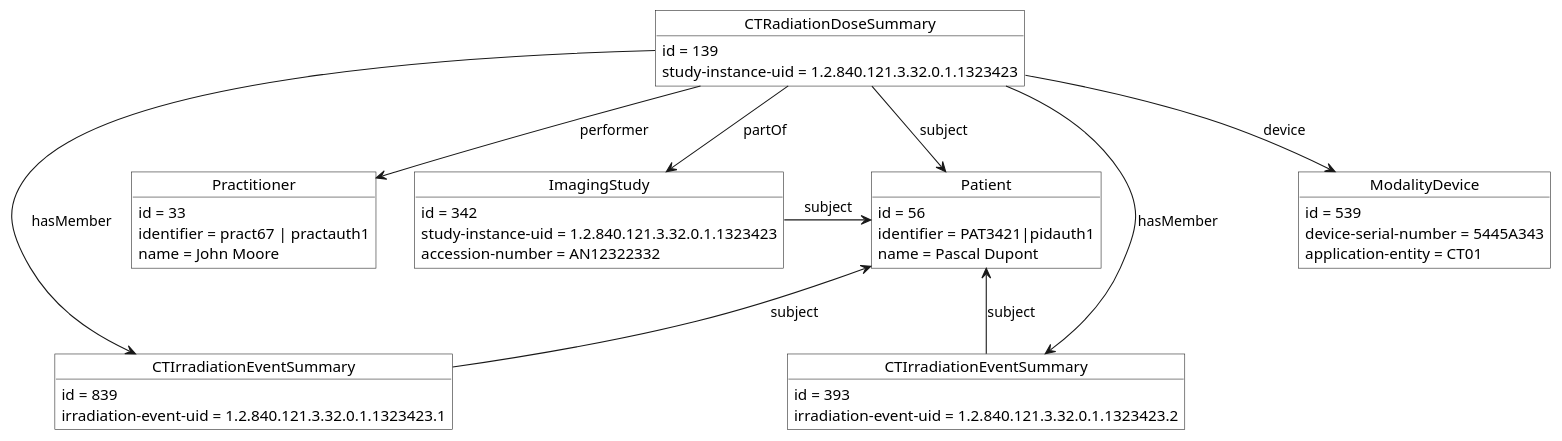
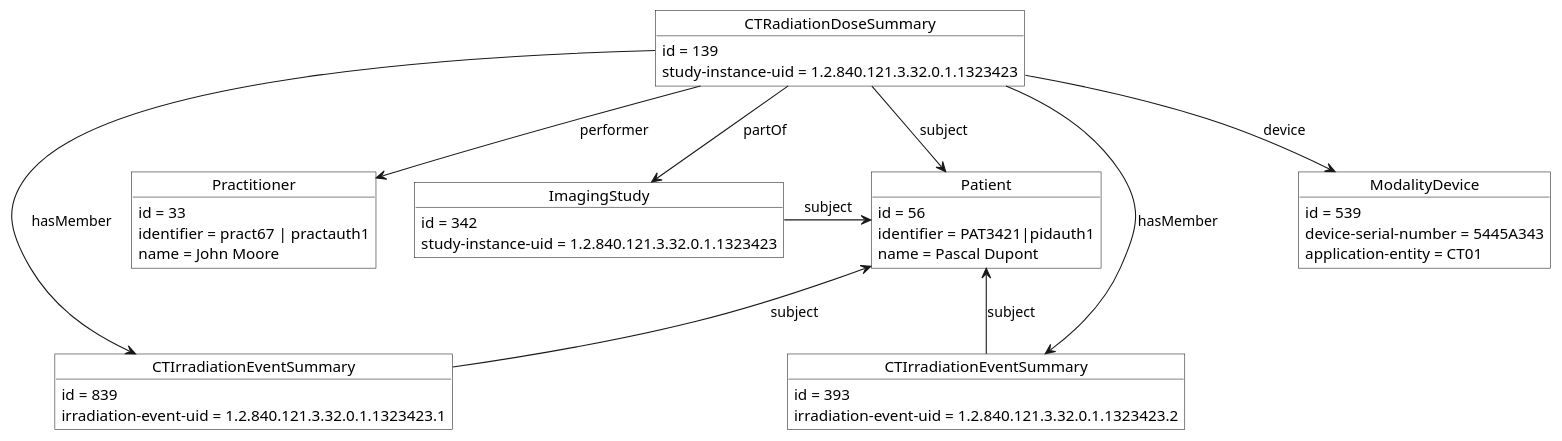
The diagram in input/images-source/example1.plantuml (HL7/fhir-radiation-dose-summary-ig), drawn with PlantUML before and after one commit. The commit also changed 14 other files, not shown here.

Commit message:
fix issue related to identifiers of StudyInstanceUID and AccessionNumber

```diff
--- a/input/images-source/example1.plantuml
+++ b/input/images-source/example1.plantuml
@@ -1,54 +1,53 @@
-@startuml example1
+@startuml
 skinparam monochrome true
 
 object  CTRadiationDoseSummary #white { 
   id = 139
   study-instance-uid = 1.2.840.121.3.32.0.1.1323423 
 }
 
 object  Patient #white { 
   id = 56
   identifier = PAT3421|pidauth1
   name = Pascal Dupont
 }
 
 object  ImagingStudy #white { 
   id = 342
   study-instance-uid = 1.2.840.121.3.32.0.1.1323423
-  accession-number = AN12322332
 }
 
 object  Practitioner #white { 
   id = 33
   identifier = pract67 | practauth1
   name = John Moore
 }
 
 object  ModalityDevice #white { 
   id = 539
   device-serial-number = 5445A343
   application-entity = CT01
 }
 
 object  "CTIrradiationEventSummary" as CTIrradiationEventSummary1  #white { 
   id = 839
   irradiation-event-uid = 1.2.840.121.3.32.0.1.1323423.1
 }
 
 object  "CTIrradiationEventSummary" as CTIrradiationEventSummary2 #white { 
   id = 393
   irradiation-event-uid = 1.2.840.121.3.32.0.1.1323423.2
 }
 
 CTRadiationDoseSummary -d-> Patient : "subject"
 CTRadiationDoseSummary -d-> ImagingStudy : "partOf"
 CTRadiationDoseSummary -d-> Practitioner : "performer"
 CTRadiationDoseSummary -d-> ModalityDevice : "device"
 CTRadiationDoseSummary -d-> CTIrradiationEventSummary1 : "hasMember"
 CTRadiationDoseSummary -d-> CTIrradiationEventSummary2 : "hasMember"
 Practitioner -[hidden]d-> CTIrradiationEventSummary1 : "hasMember"
 Practitioner -[hidden]d-> CTIrradiationEventSummary2 : "hasMember"
 CTIrradiationEventSummary1 -u-> Patient : "subject"
 CTIrradiationEventSummary2 -u-> Patient : "subject"
 ImagingStudy -> Patient : "subject"
 @enduml
```
